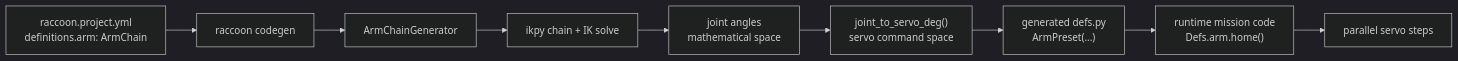
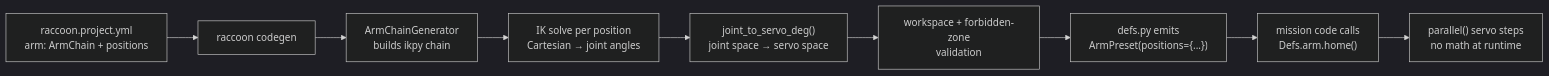
The first of 2 diagrams in content/02-programming/20-arm-kinematics-and-codegen.md (htl-stp-ecer/documentation), drawn with Mermaid (dark theme) before and after one commit. The commit also changed other lines of this file and 89 other files, not shown here.

First line of the commit message:
docs: add concepts, mermaid diagrams, real examples + improve structure

````diff
--- a/content/02-programming/20-arm-kinematics-and-codegen.md
+++ b/content/02-programming/20-arm-kinematics-and-codegen.md
@@ -20,11 +25,11 @@
 ```mermaid
 graph LR
-    A["raccoon.project.yml<br/>definitions.arm: ArmChain"] --> B["raccoon codegen"]
-    B --> C["ArmChainGenerator"]
-    C --> D["ikpy chain + IK solve"]
-    D --> E["joint angles<br/>mathematical space"]
-    E --> F["joint_to_servo_deg()<br/>servo command space"]
-    F --> G["generated defs.py<br/>ArmPreset(...)"]
-    G --> H["runtime mission code<br/>Defs.arm.home()"]
-    H --> I["parallel servo steps"]
+    A["raccoon.project.yml<br/>arm: ArmChain + positions"] --> B["raccoon codegen"]
+    B --> C["ArmChainGenerator<br/>builds ikpy chain"]
+    C --> D["IK solve per position<br/>Cartesian → joint angles"]
+    D --> E["joint_to_servo_deg()<br/>joint space → servo space"]
+    E --> F["workspace + forbidden-zone<br/>validation"]
+    F --> G["defs.py emits<br/>ArmPreset(positions={...})"]
+    G --> H["mission code calls<br/>Defs.arm.home()"]
+    H --> I["parallel() servo steps<br/>no math at runtime"]
 ```
````
